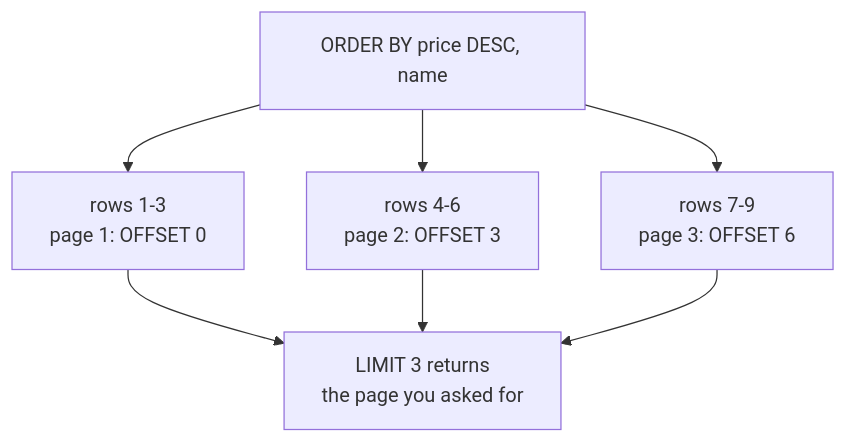
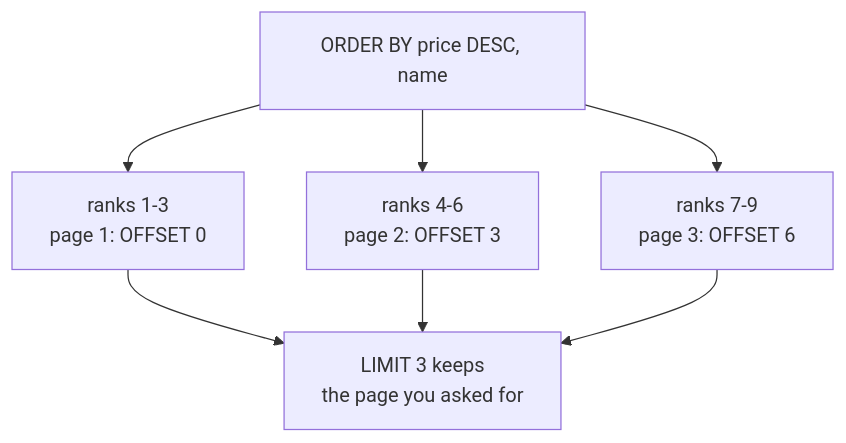
One commit to theakhandpatel/querycraft changed the diagram in web/src/data/content/f3.md. Above: the diagram before and after it, drawn with Mermaid. The commit also changed other lines of this file and 61 other files, not shown here.

````diff
--- a/web/src/data/content/f3.md
+++ b/web/src/data/content/f3.md
@@ -21,9 +95,9 @@
 ```mermaid
 flowchart TD
-    S["ORDER BY price DESC, name"] --> R0["rows 1-3<br/>page 1: OFFSET 0"]
-    S --> R1["rows 4-6<br/>page 2: OFFSET 3"]
-    S --> R2["rows 7-9<br/>page 3: OFFSET 6"]
-    R0 --> OUT["LIMIT 3 returns<br/>the page you asked for"]
+    S["ORDER BY price DESC, name"] --> R0["ranks 1-3<br/>page 1: OFFSET 0"]
+    S --> R1["ranks 4-6<br/>page 2: OFFSET 3"]
+    S --> R2["ranks 7-9<br/>page 3: OFFSET 6"]
+    R0 --> OUT["LIMIT 3 keeps<br/>the page you asked for"]
     R1 --> OUT
     R2 --> OUT
 ```
````
